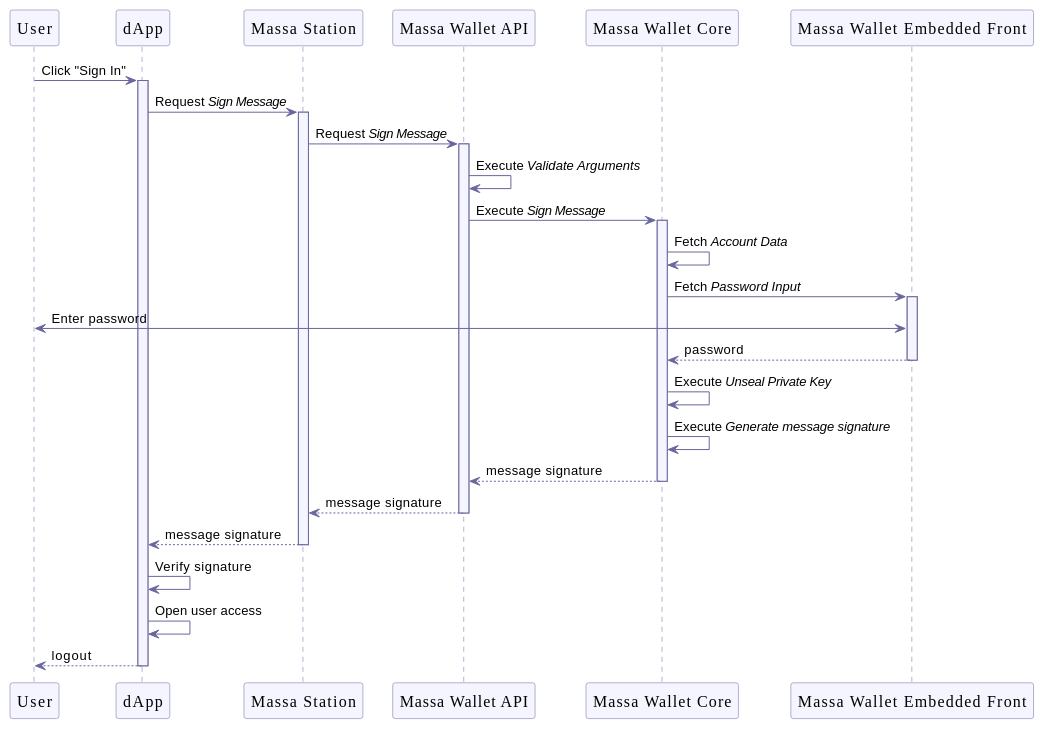
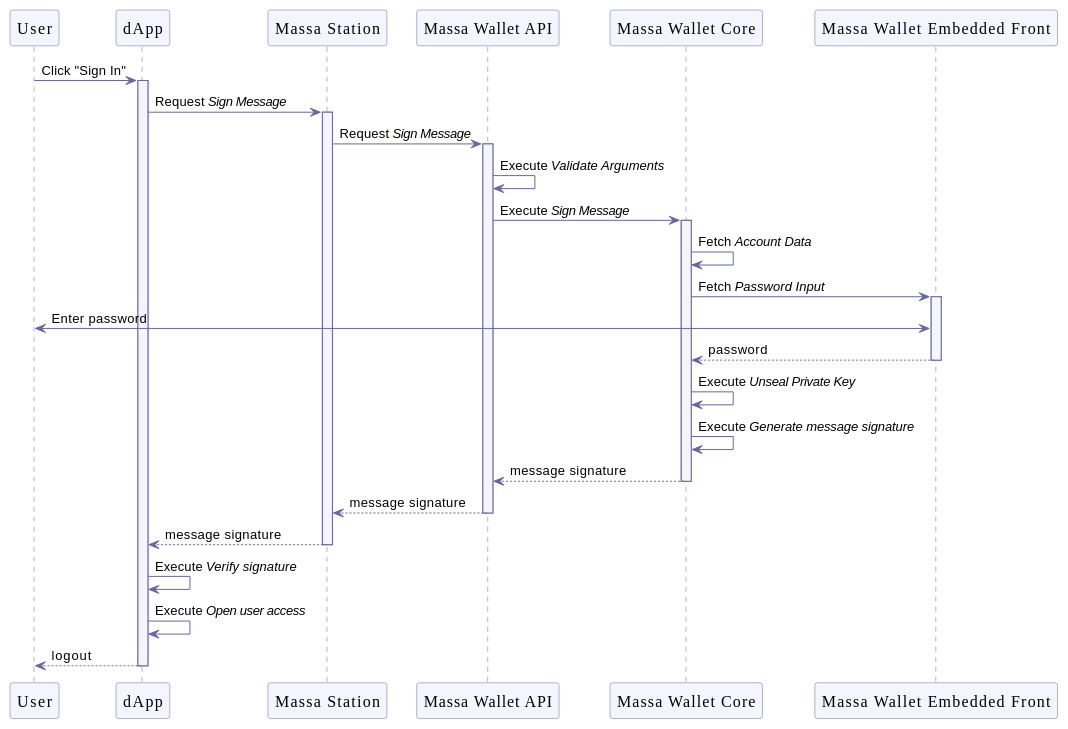
The third of 10 diagrams in documentation/wallet.adoc (massalabs/station-massa-wallet), drawn with PlantUML before and after one commit. The commit also changed other lines of this file, not shown here.

```diff
--- a/documentation/wallet.adoc
+++ b/documentation/wallet.adoc
@@ -281,44 +278,44 @@
 [plantuml, format="svg", id="sign-message", width="100%", role="center-image", options="interactive"]
 ----
 @startuml
 
 skinparam FontName Poppins
 
 skinparam sequence {
     ArrowColor #69679D
     LifeLineBorderColor #69679D
     LifeLineBackgroundColor #F5F5FF
 
     ParticipantBorderColor #69679D
     ParticipantBackgroundColor #F5F5FF
     ParticipantFontName Poppins
     ParticipantFontSize 16
     ParticipantFontColor #000000
 }
 
 participant "User" as user
 participant "dApp" as dapp
 participant "Massa Station" as station
 participant "Massa Wallet API" as wallet_api
 participant "Massa Wallet Core" as wallet_core
 participant "Massa Wallet Embedded Front" as wallet_embedded_front
 
 user -> dapp ++ : Click "Sign In"
     dapp -> station ++: Request //Sign Message//
         station -> wallet_api ++: Request //Sign Message//
         wallet_api -> wallet_api: Execute //Validate Arguments//
             wallet_api -> wallet_core ++: Execute //Sign Message//
             wallet_core -> wallet_core: Fetch //Account Data//
                 wallet_core -> wallet_embedded_front ++: Fetch //Password Input//
                 wallet_embedded_front <-> user: Enter password
                 return password
             wallet_core -> wallet_core: Execute //Unseal Private Key//
             wallet_core -> wallet_core: Execute //Generate message signature//
             return message signature
         return message signature
     return message signature
-dapp -> dapp: Verify signature
-dapp -> dapp: Open user access
+dapp -> dapp: Execute //Verify signature//
+dapp -> dapp: Execute //Open user access//
 return logout
 @enduml
 ----
```
